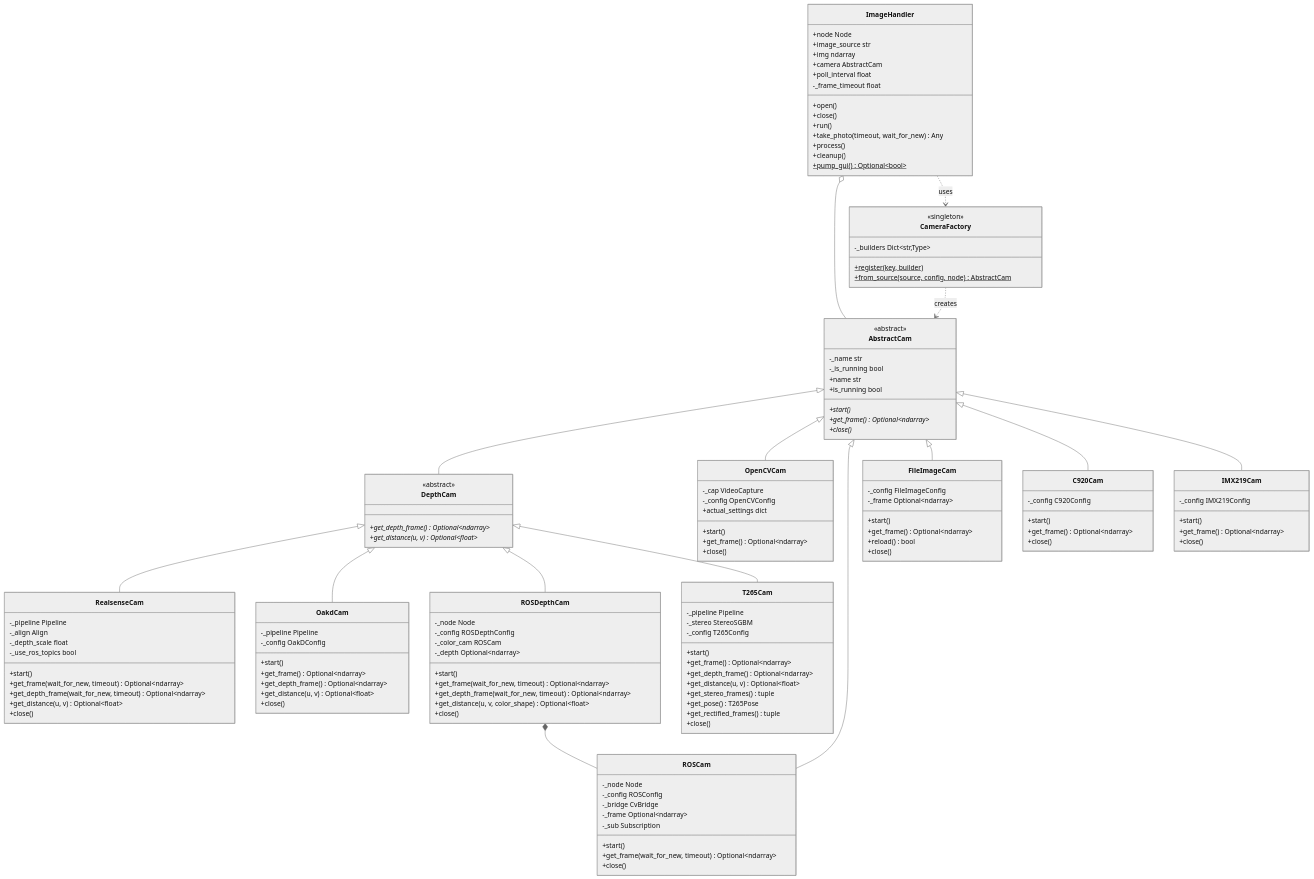
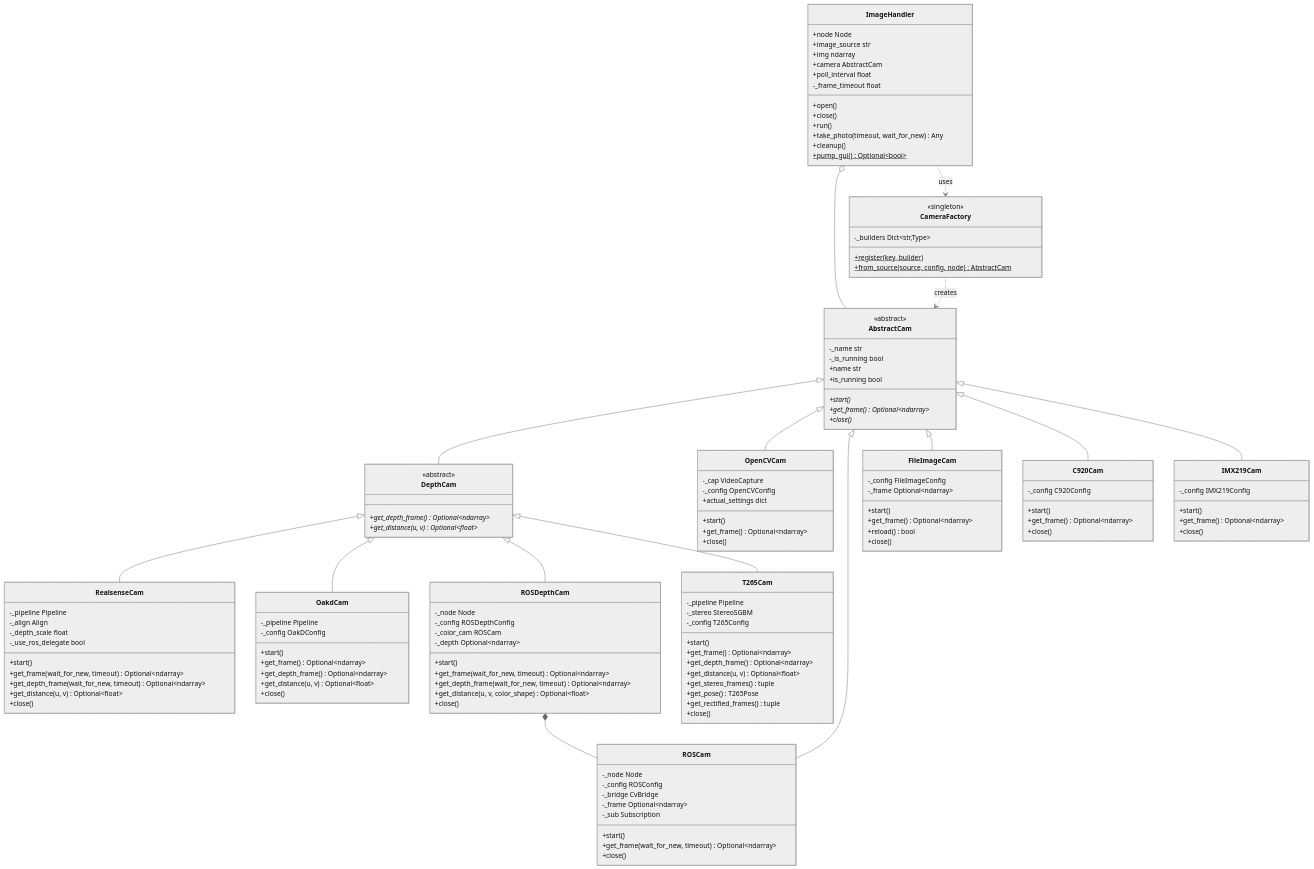
Before and after one commit to Black-Bee-Drones/nectar-sdk: the first of 2 diagrams in nectar/nectar/vision/camera/README.md, drawn with Mermaid (neutral theme). The commit also changed other lines of this file and 36 other files, not shown here.

```diff
--- a/nectar/nectar/vision/camera/README.md
+++ b/nectar/nectar/vision/camera/README.md
@@ -50,7 +50,7 @@
         -_pipeline Pipeline
         -_align Align
         -_depth_scale float
-        -_use_ros_topics bool
+        -_use_ros_delegate bool
         +start()
         +get_frame(wait_for_new, timeout) Optional~ndarray~
         +get_depth_frame(wait_for_new, timeout) Optional~ndarray~
@@ -139,7 +139,6 @@
         +close()
         +run()
         +take_photo(timeout, wait_for_new) Any
-        +process()
         +cleanup()
         +pump_gui()$ Optional~bool~
     }
```
